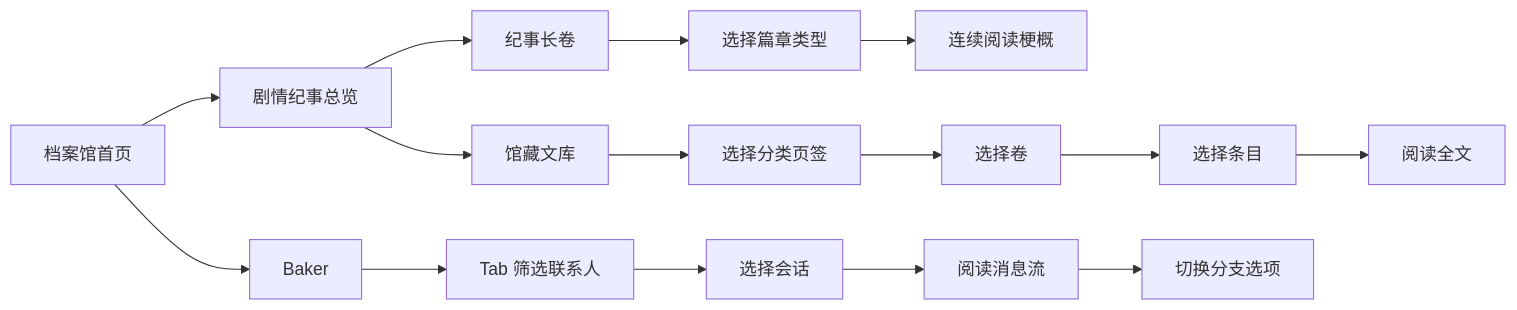
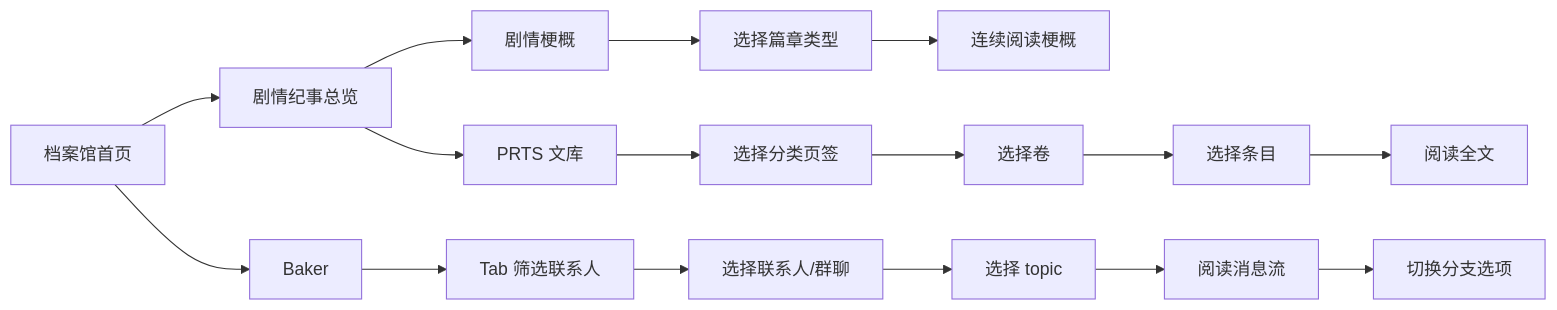
The second of 2 diagrams in docs/product/draft/20260730-story-chronicle.md (Deliay/hongshan-archives-bureau), drawn with Mermaid before and after one commit. The commit also changed other lines of this file and 1 other file, not shown here.

````diff
--- a/docs/product/draft/20260730-story-chronicle.md
+++ b/docs/product/draft/20260730-story-chronicle.md
@@ -156,17 +166,18 @@
 ```mermaid
 flowchart LR
     A[档案馆首页] --> B[剧情纪事总览]
     A --> E[Baker]
-    B --> C[纪事长卷]
-    B --> D[馆藏文库]
+    B --> C[剧情梗概]
+    B --> D[PRTS 文库]
     C --> C1[选择篇章类型]
     C1 --> C2[连续阅读梗概]
     D --> D1[选择分类页签]
     D1 --> D2[选择卷]
     D2 --> D3[选择条目]
     D3 --> D4[阅读全文]
     E --> E1[Tab 筛选联系人]
-    E1 --> E2[选择会话]
-    E2 --> E3[阅读消息流]
-    E3 --> E4[切换分支选项]
+    E1 --> E2[选择联系人/群聊]
+    E2 --> E3[选择 topic]
+    E3 --> E4[阅读消息流]
+    E4 --> E5[切换分支选项]
 ```
````
